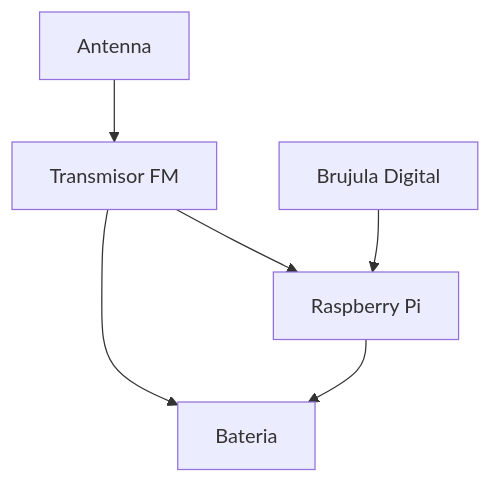
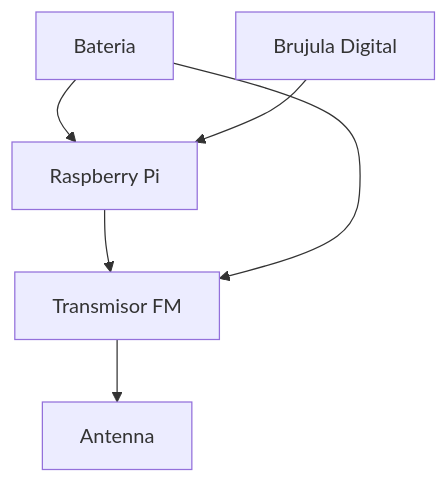
One commit to hugoescalpelo/arrastrar-el-tiempo changed the diagram in Diagramas/README.md. Above: the diagram before and after it, drawn with Mermaid.

Commit message:
Conexiones mermaid ajustadas

````diff
--- a/Diagramas/README.md
+++ b/Diagramas/README.md
@@ -7,10 +7,9 @@
 ```mermaid
 graph TD;
-    Tx1[Antenna] --> Tx2[Transmisor FM]
-    Tx2 --> Rp[Raspberry Pi]
-    Rp --> Bt[Bateria]
-
+    Tx2[Transmisor FM] --> Tx1[Antenna]
+    Rp[Raspberry Pi] --> Tx2
+    Bt[Bateria] --> Rp
     Mg[Brujula Digital] --> Rp;
 
-    Tx2 --> Bt;
+    Bt --> Tx2;
 ```
````
